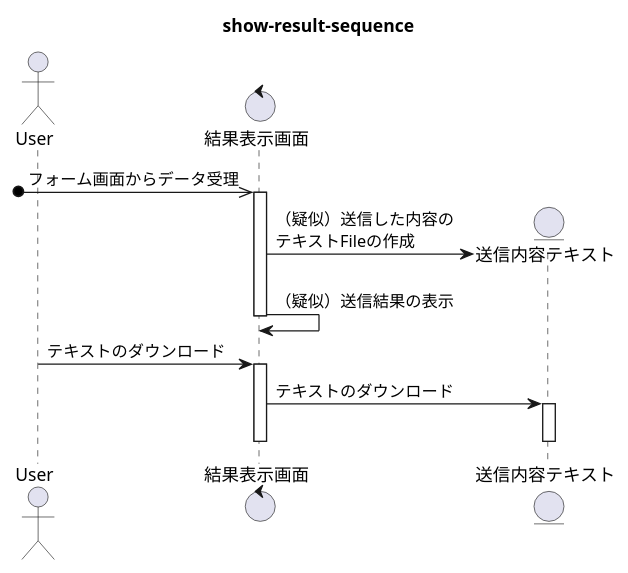
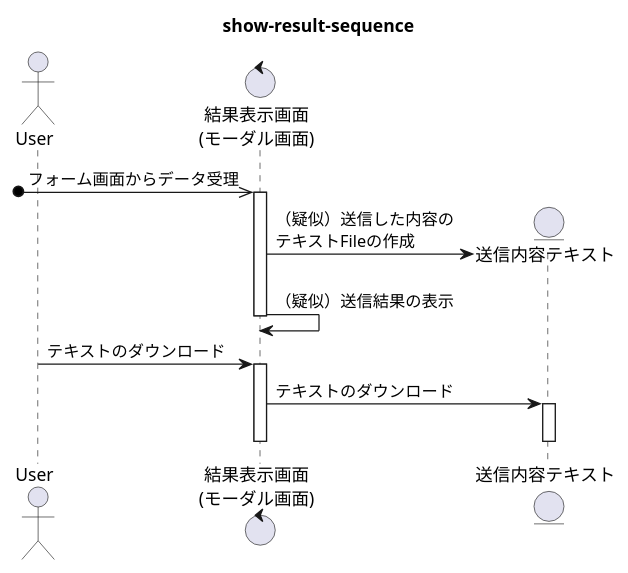
The diagram in docs/sequence/seq-show-rslt.pu (dede-20191130/send-contact-form), drawn with PlantUML before and after one commit. The commit also changed 2 other files, not shown here.

```diff
--- a/docs/sequence/seq-show-rslt.pu
+++ b/docs/sequence/seq-show-rslt.pu
@@ -1,21 +1,21 @@
 @startuml show-result
 title show-result-sequence
 actor User
-control 結果表示画面 as shw
+control "結果表示画面\n(モーダル画面)" as shw
 
 [o->> shw:フォーム画面からデータ受理
 activate shw
 create entity 送信内容テキスト as txt
 shw-> txt:（疑似）送信した内容の\nテキストFileの作成
 shw-> shw:（疑似）送信結果の表示
 deactivate shw
 User-> shw:テキストのダウンロード
 activate shw
 shw-> txt:テキストのダウンロード
 activate txt
 deactivate txt
 deactivate shw
 
 
 
 @enduml
```
